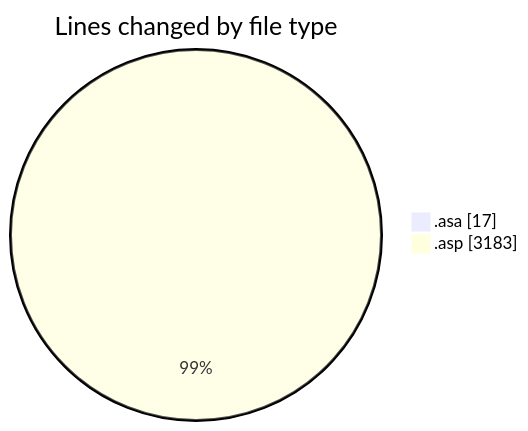
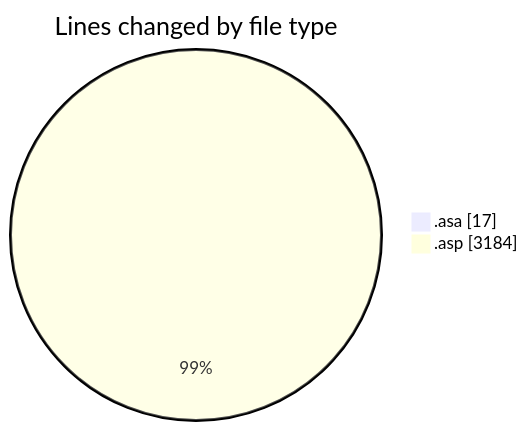
Before and after one commit to julien-gomy/code-tracking: the first of 2 diagrams in 2025-11-06/usr_aleoudev_fr__workspace_/README.md, drawn with Mermaid. The commit also changed other lines of this file and 1 other file, not shown here.

````diff
--- a/2025-11-06/usr_aleoudev_fr__workspace_/README.md
+++ b/2025-11-06/usr_aleoudev_fr__workspace_/README.md
@@ -22,6 +22,6 @@
 ```mermaid
 pie showData
 title Lines changed by file type
 ".asa" : 17
-".asp" : 3183
+".asp" : 3184
 ```
````
